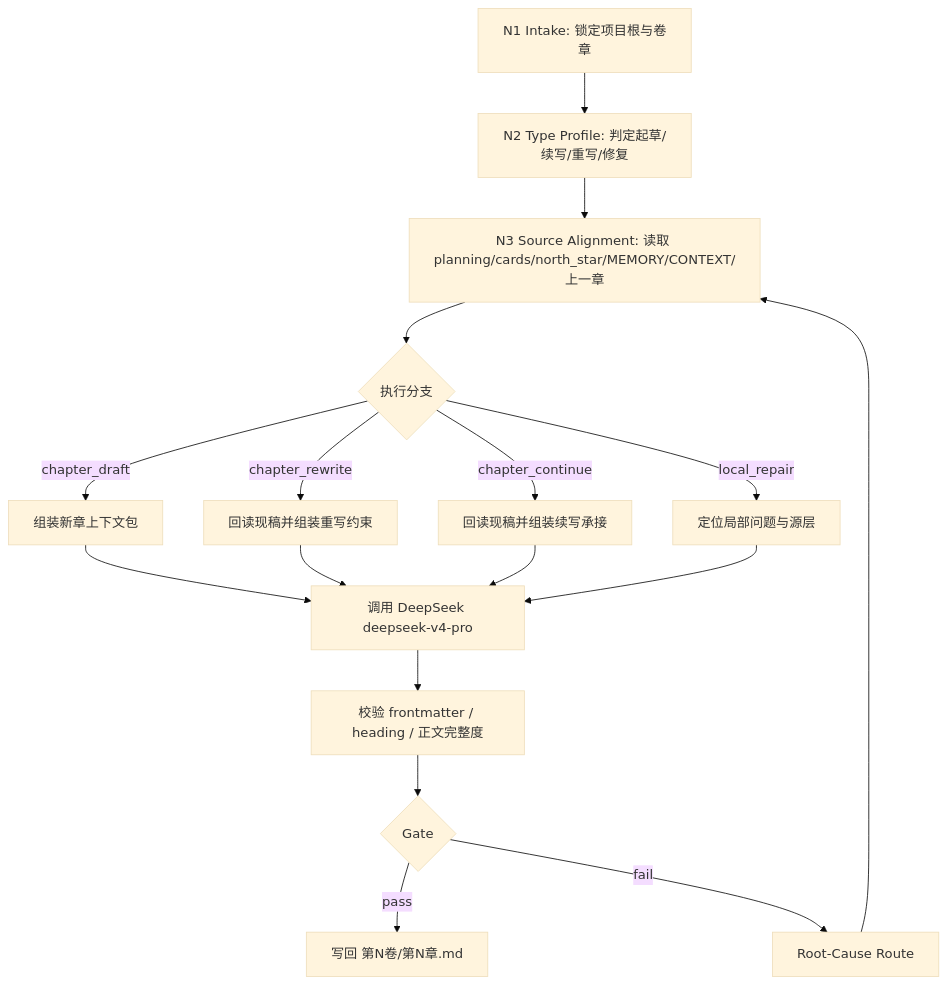
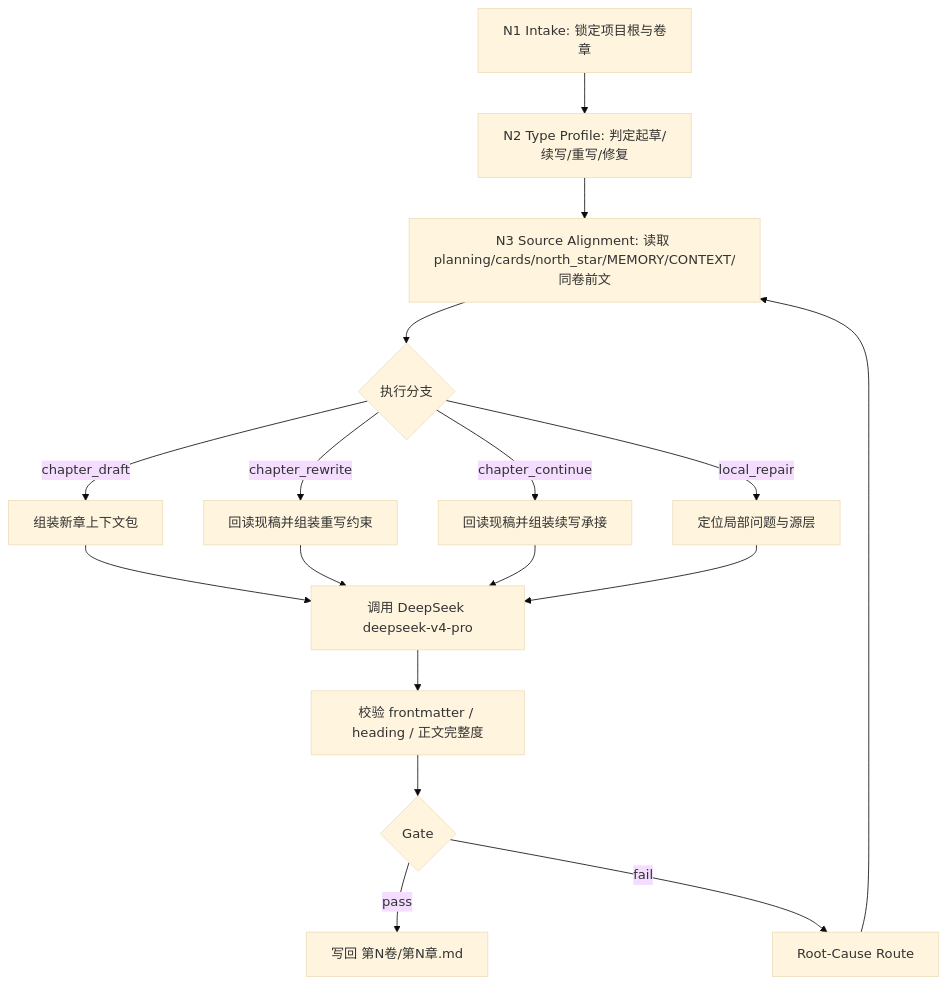
One commit to ZEN-VOID/AI-CUT changed the diagram in .agents/skills/story/3-初稿/C-Deepseek流/SKILL.md. Above: the diagram before and after it, drawn with Mermaid (base theme). The commit also changed other lines of this file and 38 other files, not shown here.

````diff
--- a/.agents/skills/story/3-初稿/C-Deepseek流/SKILL.md
+++ b/.agents/skills/story/3-初稿/C-Deepseek流/SKILL.md
@@ -122,19 +122,19 @@
 ```mermaid
 flowchart TD
     A["N1 Intake: 锁定项目根与卷章"] --> B["N2 Type Profile: 判定起草/续写/重写/修复"]
-    B --> C["N3 Source Alignment: 读取 planning/cards/north_star/MEMORY/CONTEXT/上一章"]
+    B --> C["N3 Source Alignment: 读取 planning/cards/north_star/MEMORY/CONTEXT/同卷前文"]
     C --> D{"执行分支"}
     D -->|"chapter_draft"| E["组装新章上下文包"]
     D -->|"chapter_rewrite"| F["回读现稿并组装重写约束"]
     D -->|"chapter_continue"| G["回读现稿并组装续写承接"]
     D -->|"local_repair"| H["定位局部问题与源层"]
     E --> I["调用 DeepSeek deepseek-v4-pro"]
     F --> I
     G --> I
     H --> I
     I --> J["校验 frontmatter / heading / 正文完整度"]
     J --> K{"Gate"}
     K -->|"pass"| L["写回 第N卷/第N章.md"]
     K -->|"fail"| M["Root-Cause Route"]
     M --> C
 ```
````
